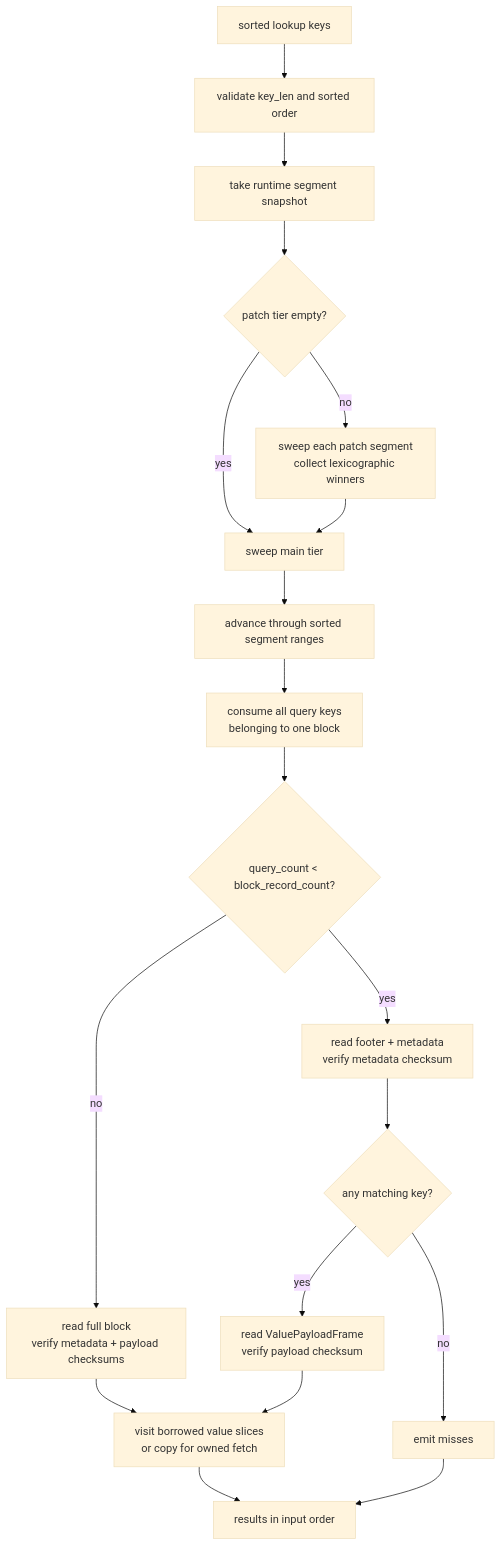
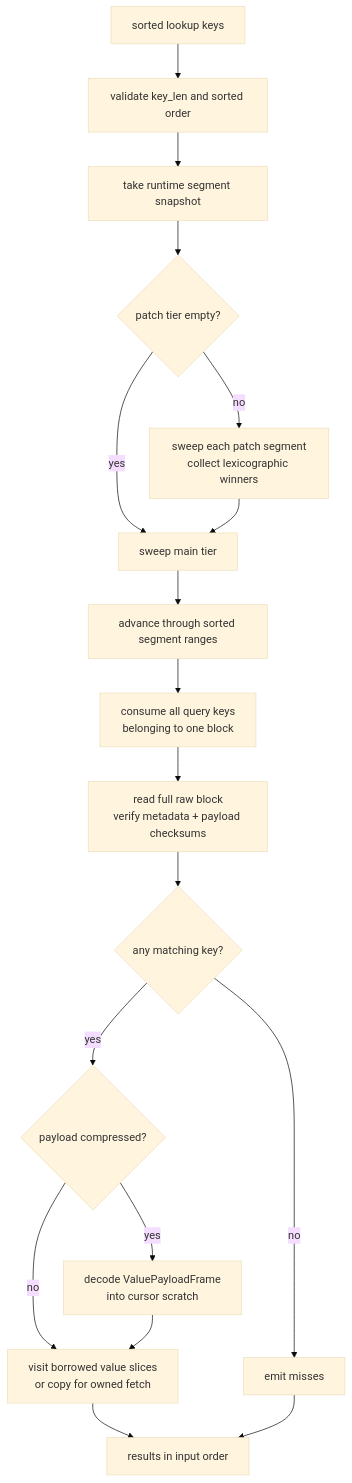
One commit to wangl-cc/evo-ssa-tools changed the sixth of 7 diagrams in crates/segment-cache-store/docs/design.md. Above: the diagram before and after it, drawn with Mermaid (base theme). The commit also changed other lines of this file and 10 other files, not shown here.

````diff
--- a/crates/segment-cache-store/docs/design.md
+++ b/crates/segment-cache-store/docs/design.md
@@ -498,24 +498,22 @@
 ```mermaid
 flowchart TD
   Keys["sorted lookup keys"] --> Validate["validate key_len and sorted order"]
   Validate --> Snapshot["take runtime segment snapshot"]
   Snapshot --> PatchCheck{"patch tier empty?"}
 
   PatchCheck -->|yes| MainSweep["sweep main tier"]
   PatchCheck -->|no| PatchSweep["sweep each patch segment<br/>collect lexicographic winners"]
   PatchSweep --> MainSweep
 
   MainSweep --> SegmentSweep["advance through sorted segment ranges"]
   SegmentSweep --> BlockRange["consume all query keys<br/>belonging to one block"]
-  BlockRange --> SparseChoice{"query_count < block_record_count?"}
-
-  SparseChoice -->|yes| MetadataOnly["read footer + metadata<br/>verify metadata checksum"]
-  SparseChoice -->|no| FullBlock["read full block<br/>verify metadata + payload checksums"]
-  MetadataOnly --> HitCheck{"any matching key?"}
+  BlockRange --> FullBlock["read full raw block<br/>verify metadata + payload checksums"]
+  FullBlock --> HitCheck{"any matching key?"}
   HitCheck -->|no| Misses["emit misses"]
-  HitCheck -->|yes| PayloadRead["read ValuePayloadFrame<br/>verify payload checksum"]
-  FullBlock --> Emit["visit borrowed value slices<br/>or copy for owned fetch"]
-  PayloadRead --> Emit
+  HitCheck -->|yes| PayloadReady{"payload compressed?"}
+  PayloadReady -->|no| Emit["visit borrowed value slices<br/>or copy for owned fetch"]
+  PayloadReady -->|yes| DecodePayload["decode ValuePayloadFrame<br/>into cursor scratch"]
+  DecodePayload --> Emit
   Emit --> Output["results in input order"]
   Misses --> Output
 ```
````
